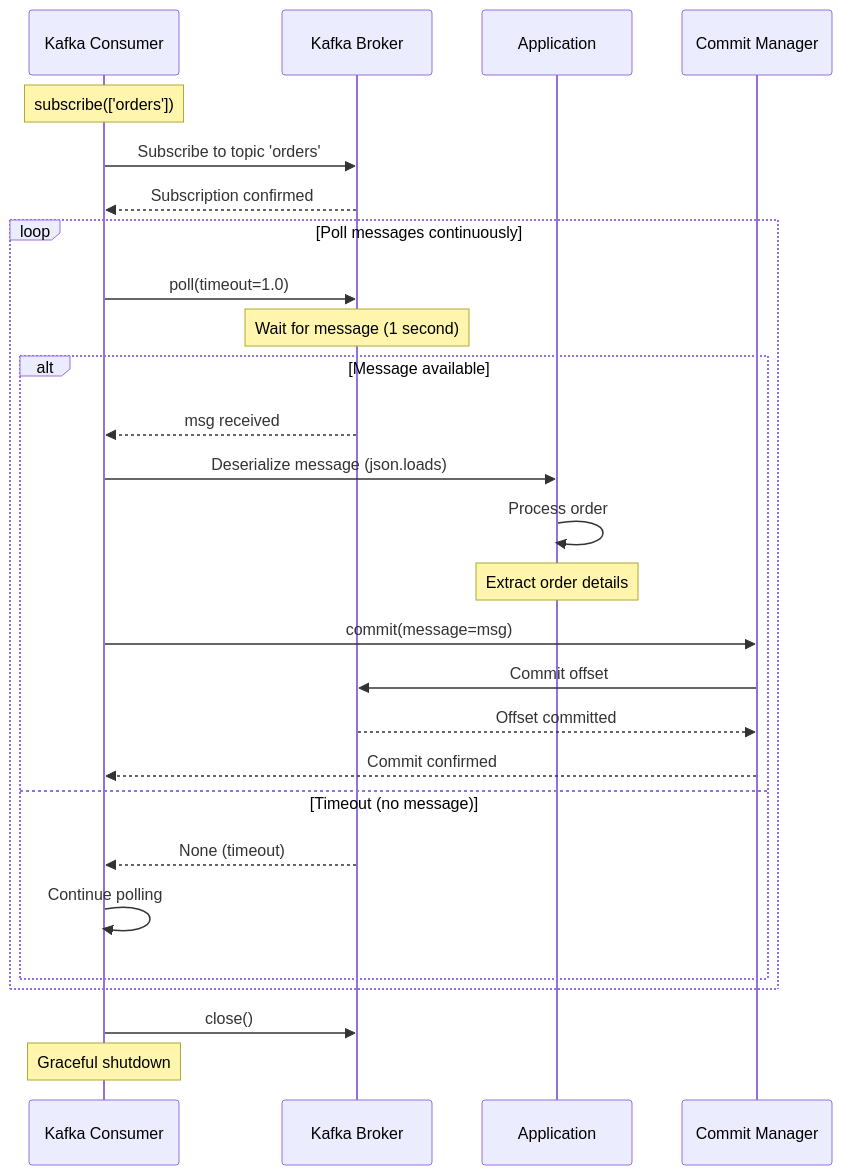
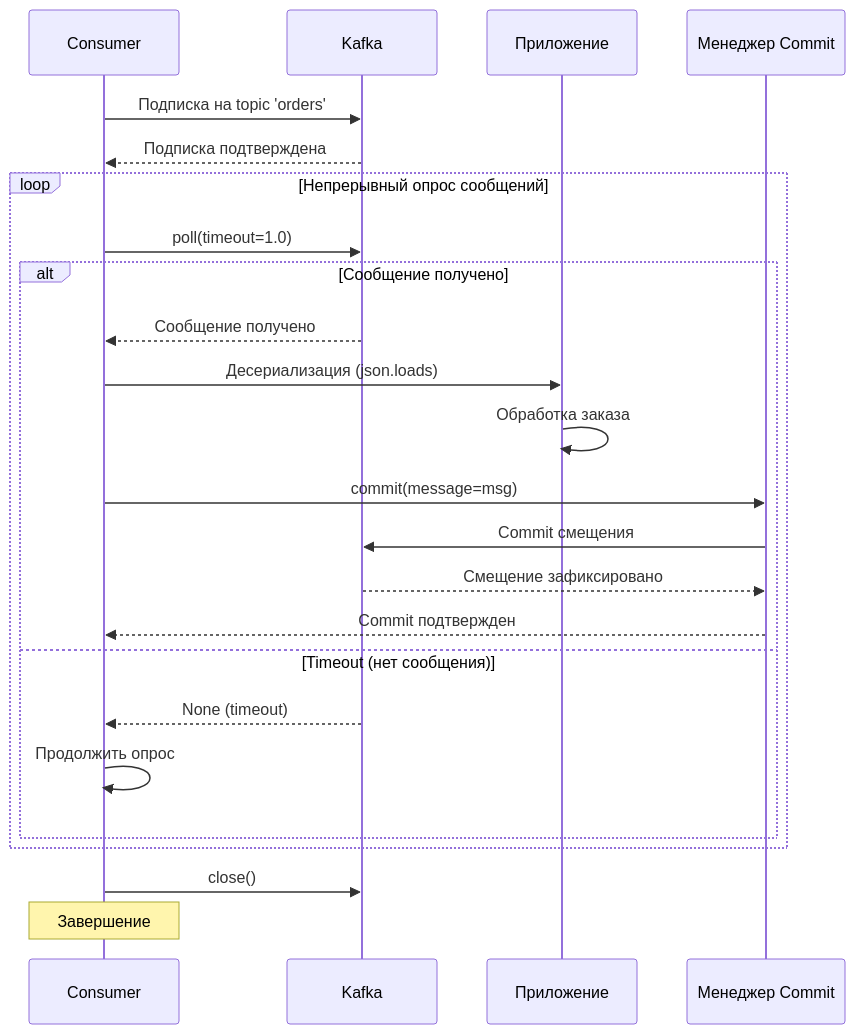
Before and after one commit to J4mes0n-04/broker-messaging-demo: the diagram in broker-messaging-demo/diagrams/02-consumer-flow.mmd, drawn with Mermaid. The commit also changed 4 other files, not shown here.

Commit message:
Update diagrams: producer, consumer, end-to-end, integration test, and system architecture flows

```diff
--- a/broker-messaging-demo/diagrams/02-consumer-flow.mmd
+++ b/broker-messaging-demo/diagrams/02-consumer-flow.mmd
@@ -1,33 +1,31 @@
 sequenceDiagram
-    participant Consumer as Kafka Consumer
-    participant Kafka as Kafka Broker
-    participant App as Application
-    participant CommitMgr as Commit Manager
+    participant Consumer as Consumer
+    participant Kafka as Kafka 
+    participant App as Приложение
+    participant CommitMgr as Менеджер Commit
+    
+    Consumer->>Kafka: Подписка на topic 'orders'
+    Kafka-->>Consumer: Подписка подтверждена
 
-    Note over Consumer: subscribe(['orders'])
-    Consumer->>Kafka: Subscribe to topic 'orders'
-    Kafka-->>Consumer: Subscription confirmed
+    loop Непрерывный опрос сообщений
+        Consumer->>Kafka: poll(timeout=1.0)
+        
+        alt Сообщение получено
+            Kafka-->>Consumer: Сообщение получено
+            Consumer->>App: Десериализация (json.loads)
+            App->>App: Обработка заказа
 
-    loop Poll messages continuously
-        Consumer->>Kafka: poll(timeout=1.0)
-        Note over Kafka: Wait for message (1 second)
-        
-        alt Message available
-            Kafka-->>Consumer: msg received
-            Consumer->>App: Deserialize message (json.loads)
-            App->>App: Process order
-            Note over App: Extract order details
             
             Consumer->>CommitMgr: commit(message=msg)
-            CommitMgr->>Kafka: Commit offset
-            Kafka-->>CommitMgr: Offset committed
-            CommitMgr-->>Consumer: Commit confirmed
+            CommitMgr->>Kafka: Commit смещения
+            Kafka-->>CommitMgr: Смещение зафиксировано
+            CommitMgr-->>Consumer: Commit подтвержден
             
-        else Timeout (no message)
+        else Timeout (нет сообщения)
             Kafka-->>Consumer: None (timeout)
-            Consumer->>Consumer: Continue polling
+            Consumer->>Consumer: Продолжить опрос
         end
     end
 
     Consumer->>Kafka: close()
-    Note over Consumer: Graceful shutdown
+    Note over Consumer: Завершение
```
